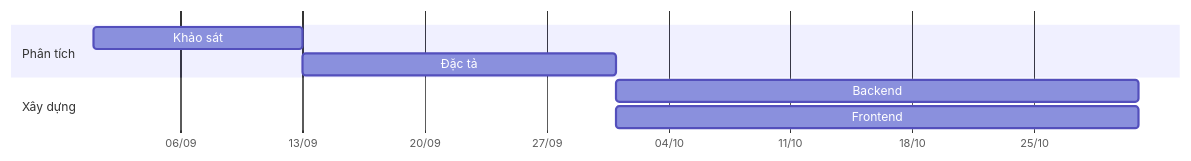
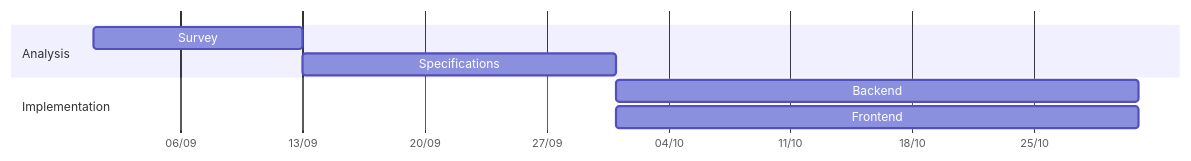
The third of 3 diagrams in references/1.1-problem-survey.md (edwintruong/skills), drawn with Mermaid before and after one commit. The commit also changed other lines of this file and 25 other files, not shown here.

````diff
--- a/references/1.1-problem-survey.md
+++ b/references/1.1-problem-survey.md
@@ -273,11 +273,11 @@
 ```mermaid
 gantt
     dateFormat YYYY-MM-DD
     axisFormat %d/%m
-    section Phân tích
-    Khảo sát        :m1, 2026-09-01, 12d
-    Đặc tả          :m2, after m1, 18d
-    section Xây dựng
+    section Analysis
+    Survey          :m1, 2026-09-01, 12d
+    Specifications  :m2, after m1, 18d
+    section Implementation
     Backend         :m3, after m2, 30d
     Frontend        :m4, after m2, 30d
 ```
````
